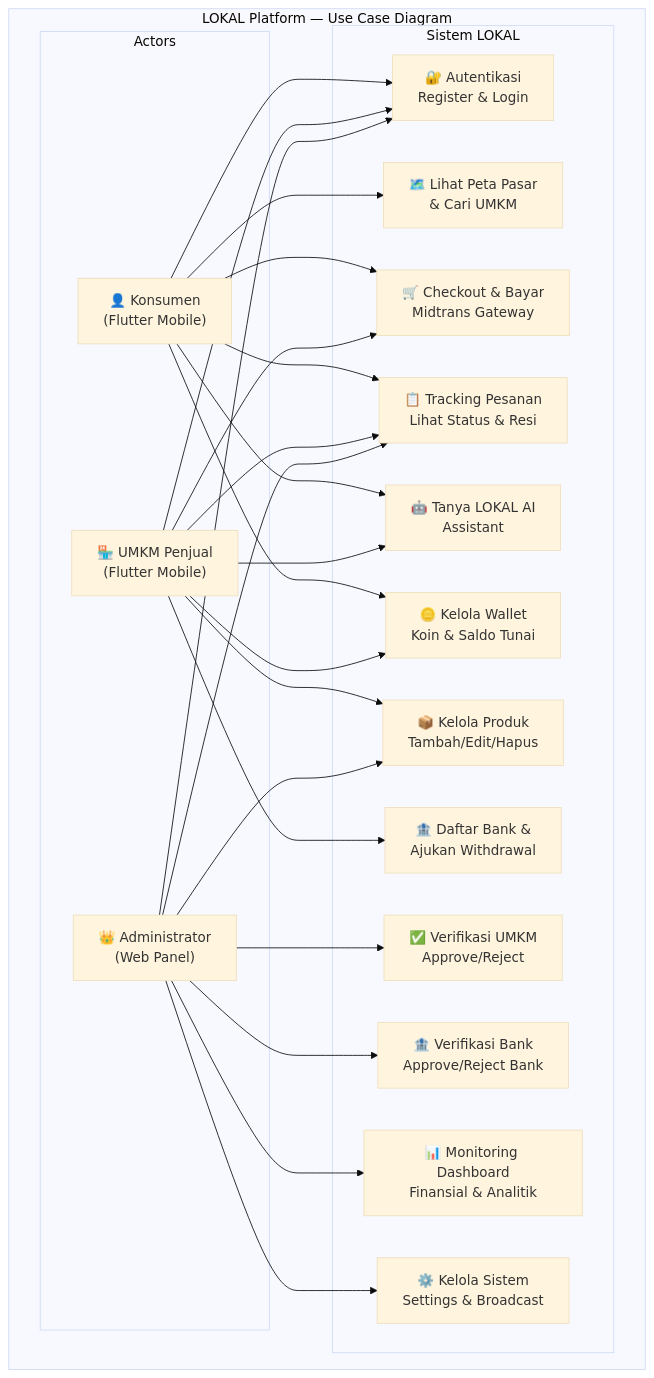
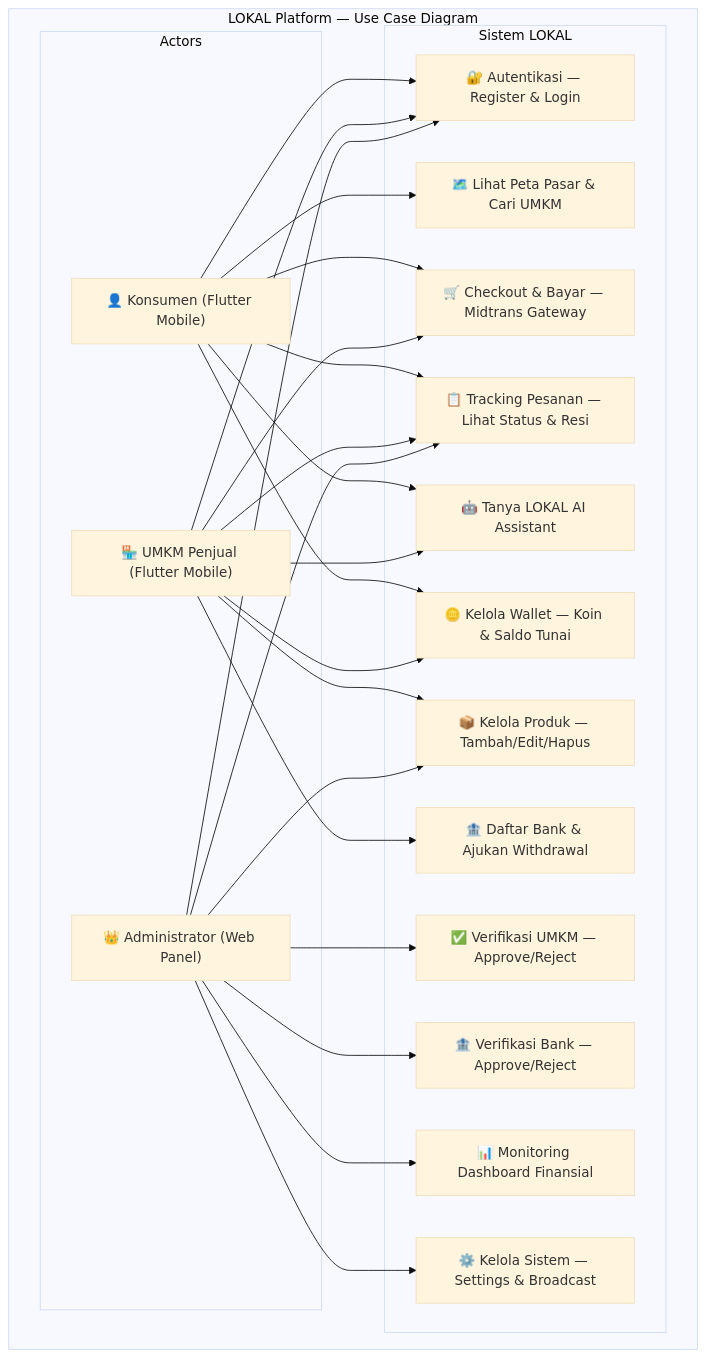
Before and after one commit to 1khsan2610/LOKAL_APP: the first of 7 diagrams in SRS/TECHNICAL_DIAGRAMS.md, drawn with Mermaid (base theme). The commit also changed other lines of this file and 1 other file, not shown here.

Commit message:
perbaikan README.md dan diagram

````diff
--- a/SRS/TECHNICAL_DIAGRAMS.md
+++ b/SRS/TECHNICAL_DIAGRAMS.md
@@ -33,49 +33,49 @@
 ```mermaid
 graph TB
     subgraph "LOKAL Platform — Use Case Diagram"
         
         subgraph Actors
-            KONS["👤 Konsumen<br/>(Flutter Mobile)"]
-            UMKM["🏪 UMKM Penjual<br/>(Flutter Mobile)"]
-            ADMIN["👑 Administrator<br/>(Web Panel)"]
+            KONS["👤 Konsumen (Flutter Mobile)"]
+            UMKM["🏪 UMKM Penjual (Flutter Mobile)"]
+            ADMIN["👑 Administrator (Web Panel)"]
         end
 
         subgraph "Sistem LOKAL"
-            UC01["🔐 Autentikasi<br/>Register & Login"]
-            UC02["🗺️ Lihat Peta Pasar<br/>& Cari UMKM"]
-            UC03["📦 Kelola Produk<br/>Tambah/Edit/Hapus"]
-            UC04["🛒 Checkout & Bayar<br/>Midtrans Gateway"]
-            UC05["📋 Tracking Pesanan<br/>Lihat Status & Resi"]
-            UC06["🤖 Tanya LOKAL AI<br/>Assistant"]
-            UC07["🪙 Kelola Wallet<br/>Koin & Saldo Tunai"]
-            UC08["🏦 Daftar Bank &<br/>Ajukan Withdrawal"]
-            UC09["✅ Verifikasi UMKM<br/>Approve/Reject"]
-            UC10["🏦 Verifikasi Bank<br/>Approve/Reject Bank"]
-            UC11["📊 Monitoring Dashboard<br/>Finansial & Analitik"]
-            UC12["⚙️ Kelola Sistem<br/>Settings & Broadcast"]
+            UC01["🔐 Autentikasi — Register & Login"]
+            UC02["🗺️ Lihat Peta Pasar & Cari UMKM"]
+            UC03["📦 Kelola Produk — Tambah/Edit/Hapus"]
+            UC04["🛒 Checkout & Bayar — Midtrans Gateway"]
+            UC05["📋 Tracking Pesanan — Lihat Status & Resi"]
+            UC06["🤖 Tanya LOKAL AI Assistant"]
+            UC07["🪙 Kelola Wallet — Koin & Saldo Tunai"]
+            UC08["🏦 Daftar Bank & Ajukan Withdrawal"]
+            UC09["✅ Verifikasi UMKM — Approve/Reject"]
+            UC10["🏦 Verifikasi Bank — Approve/Reject"]
+            UC11["📊 Monitoring Dashboard Finansial"]
+            UC12["⚙️ Kelola Sistem — Settings & Broadcast"]
         end
 
         KONS --> UC01
         KONS --> UC02
         KONS --> UC04
         KONS --> UC05
         KONS --> UC06
         KONS --> UC07
 
         UMKM --> UC01
         UMKM --> UC03
         UMKM --> UC04
         UMKM --> UC05
         UMKM --> UC06
         UMKM --> UC07
         UMKM --> UC08
 
         ADMIN --> UC01
         ADMIN --> UC09
         ADMIN --> UC10
         ADMIN --> UC11
         ADMIN --> UC12
         ADMIN --> UC03
         ADMIN --> UC05
     end
 ```
````
